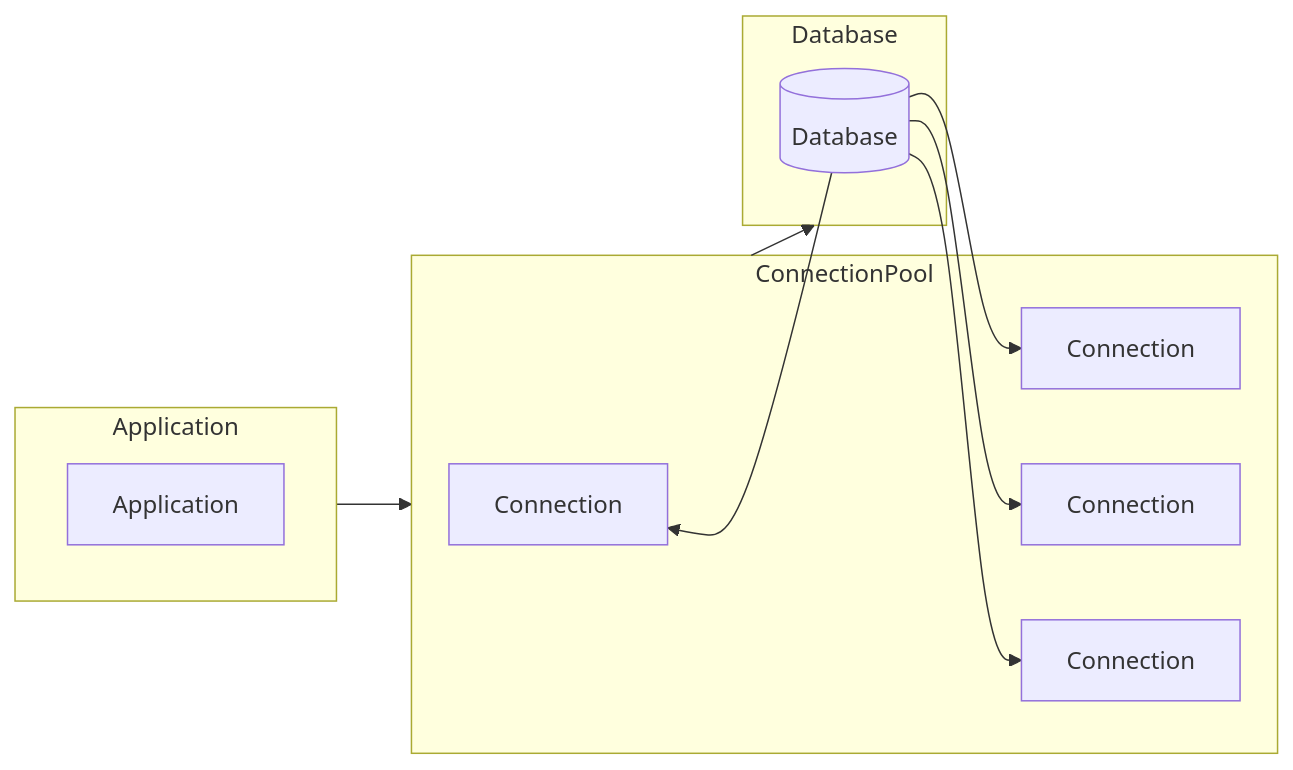
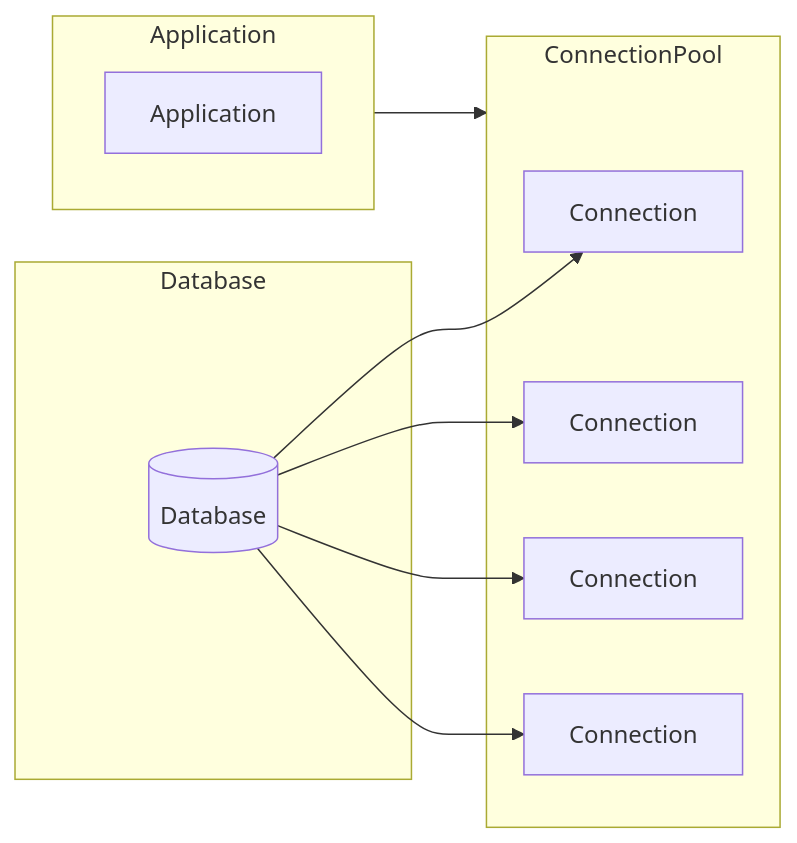
The diagram in application/db/connection_pool.md (benggri/study), drawn with Mermaid before and after one commit.

````diff
--- a/application/db/connection_pool.md
+++ b/application/db/connection_pool.md
@@ -3,21 +3,20 @@
 ```mermaid
 flowchart LR
   subgraph Application
     APP[Application]
   end
   subgraph ConnectionPool
     C1[Connection]
     C2[Connection]
     C3[Connection]
     C4[Connection]
   end
   subgraph Database
     DB[(Database)]
   end
   Application --> ConnectionPool
-  ConnectionPool --> Database
   DB --> C1
   DB --> C2
   DB --> C3
   DB --> C4
 ```
````
